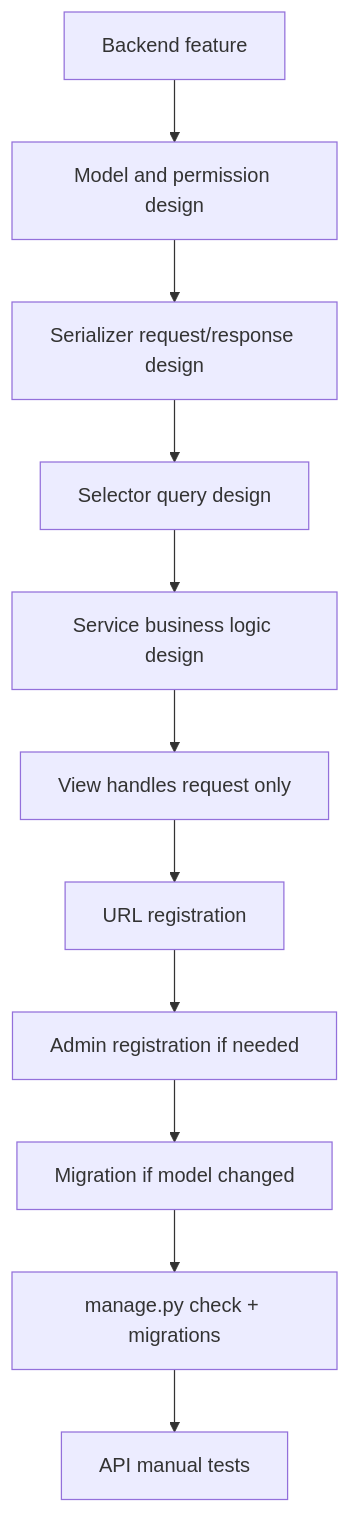
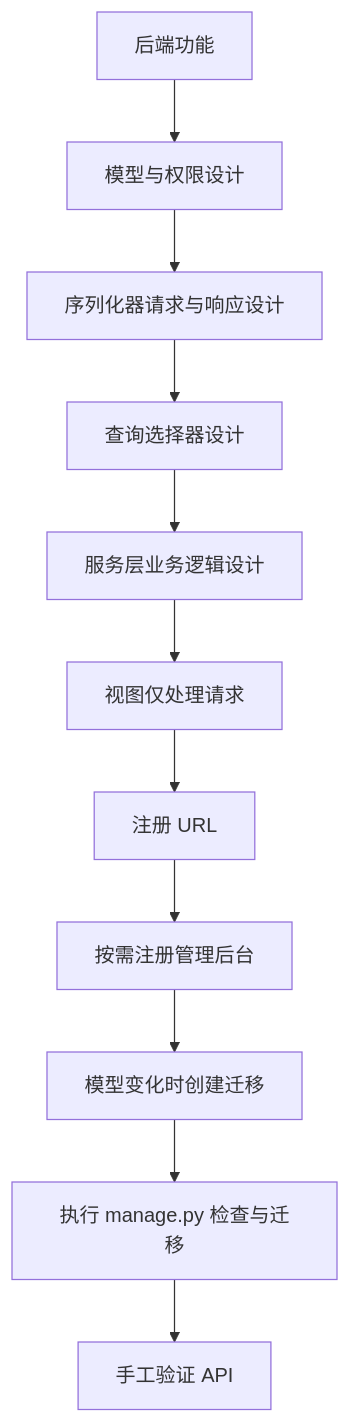
The second of 5 diagrams in docs/spec-coding/04-development-flow.md (x-t001/sunshine-reading), drawn with Mermaid before and after one commit. The commit also changed other lines of this file and 34 other files, not shown here.

````diff
--- a/docs/spec-coding/04-development-flow.md
+++ b/docs/spec-coding/04-development-flow.md
@@ -29,13 +29,13 @@
 ```mermaid
 flowchart TD
-  A[Backend feature] --> B[Model and permission design]
-  B --> C[Serializer request/response design]
-  C --> D[Selector query design]
-  D --> E[Service business logic design]
-  E --> F[View handles request only]
-  F --> G[URL registration]
-  G --> H[Admin registration if needed]
-  H --> I[Migration if model changed]
-  I --> J[manage.py check + migrations]
-  J --> K[API manual tests]
+  A[后端功能] --> B[模型与权限设计]
+  B --> C[序列化器请求与响应设计]
+  C --> D[查询选择器设计]
+  D --> E[服务层业务逻辑设计]
+  E --> F[视图仅处理请求]
+  F --> G[注册 URL]
+  G --> H[按需注册管理后台]
+  H --> I[模型变化时创建迁移]
+  I --> J[执行 manage.py 检查与迁移]
+  J --> K[手工验证 API]
 ```
````
